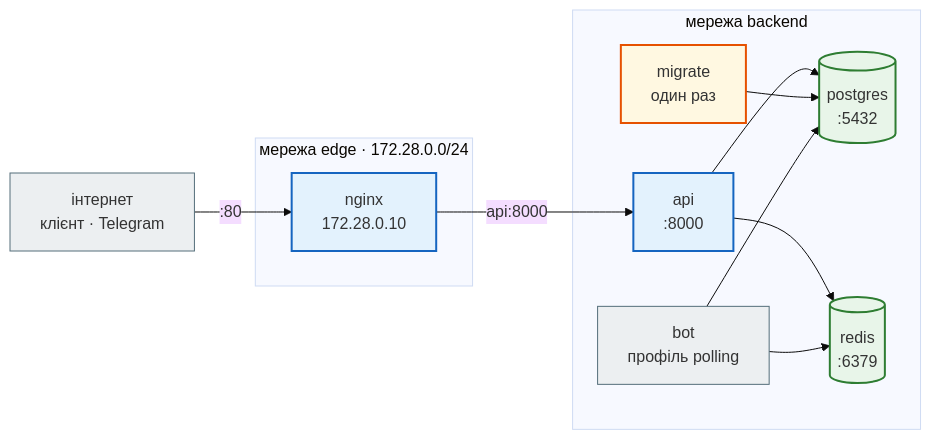
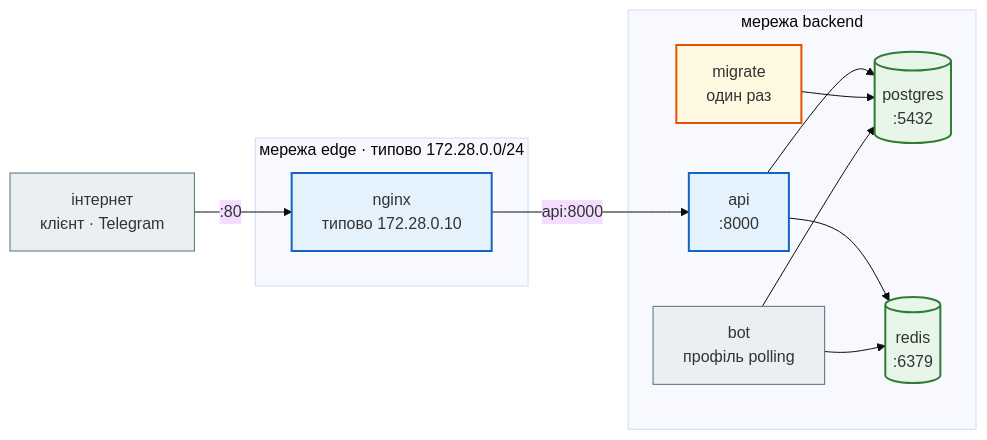
Before and after one commit to NikoriakViktor/news_hub: the first of 4 diagrams in docs/deep_dive/architecture.md, drawn with Mermaid (base theme). The commit also changed other lines of this file and 27 other files, not shown here.

````diff
--- a/docs/deep_dive/architecture.md
+++ b/docs/deep_dive/architecture.md
@@ -31,31 +31,31 @@
 ```mermaid
 flowchart LR
     classDef step     fill:#eceff1,stroke:#546e7a,stroke-width:1px;
     classDef decision fill:#e3f2fd,stroke:#1565c0,stroke-width:2px;
     classDef success  fill:#e8f5e9,stroke:#2e7d32,stroke-width:2px;
     classDef error    fill:#ffebee,stroke:#c62828,stroke-width:3px;
     classDef warning  fill:#fff8e1,stroke:#e65100,stroke-width:2px;
 
     OUT["інтернет<br>клієнт · Telegram"] -->|":80"| NG
-    subgraph EDGE["мережа edge · 172.28.0.0/24"]
-        NG["nginx<br>172.28.0.10"]
+    subgraph EDGE["мережа edge · типово 172.28.0.0/24"]
+        NG["nginx<br>типово 172.28.0.10"]
     end
     subgraph BACK["мережа backend"]
         API["api<br>:8000"]
         PG[("postgres<br>:5432")]
         RD[("redis<br>:6379")]
         MIG["migrate<br>один раз"]
         BOT["bot<br>профіль polling"]
     end
     NG -->|"api:8000"| API
     API --> PG
     API --> RD
     MIG --> PG
     BOT --> PG
     BOT --> RD
 
     class OUT,BOT step
     class NG,API decision
     class PG,RD success
     class MIG warning
 ```
````
